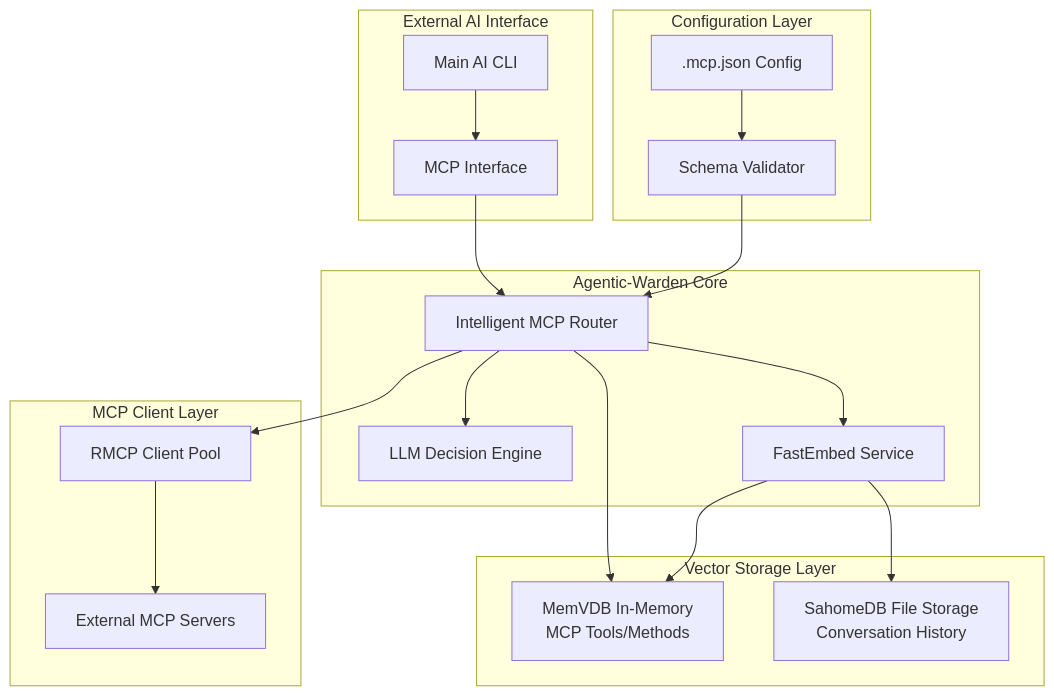
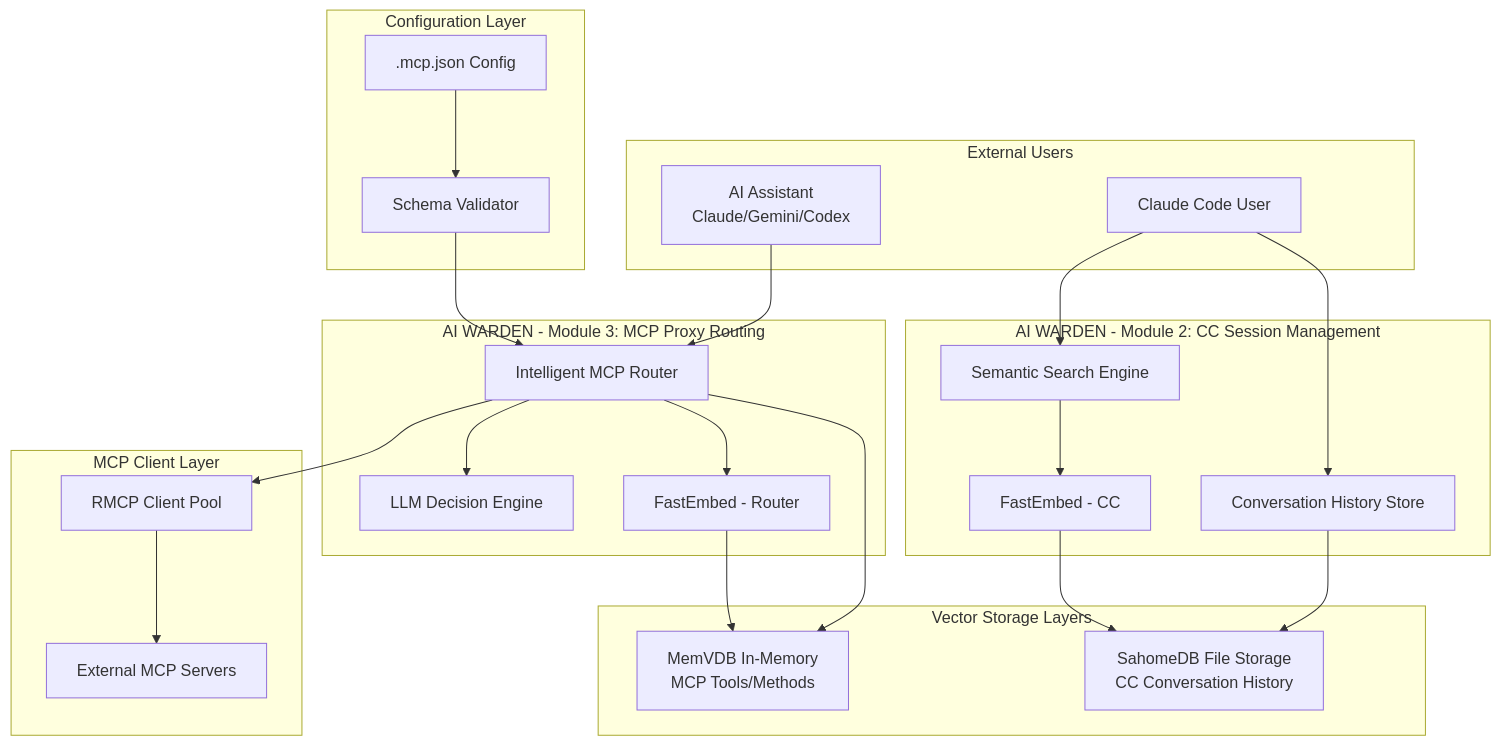
The fifth of 6 diagrams in SPEC/02-ARCHITECTURE.md (putao520/agentic-warden), drawn with Mermaid before and after one commit. The commit also changed other lines of this file and 10 other files, not shown here.

````diff
--- a/SPEC/02-ARCHITECTURE.md
+++ b/SPEC/02-ARCHITECTURE.md
@@ -580,40 +666,54 @@
 ```mermaid
 graph TB
-    subgraph "External AI Interface"
-        MainAI[Main AI CLI]
-        MCPInterface[MCP Interface]
+    subgraph "External Users"
+        MainAI[AI Assistant<br/>Claude/Gemini/Codex]
+        ClaudeUser[Claude Code User]
     end
 
-    subgraph "Agentic-Warden Core"
+    subgraph "AI WARDEN - Module 3: MCP Proxy Routing"
         IntelligentRouter[Intelligent MCP Router]
         LLMEngine[LLM Decision Engine]
-        FastEmbed[FastEmbed Service]
+        FastEmbedRouter[FastEmbed - Router]
     end
 
-    subgraph "Vector Storage Layer"
+    subgraph "AI WARDEN - Module 2: CC Session Management"
+        ConvHistory[Conversation History Store]
+        SearchEngine[Semantic Search Engine]
+        FastEmbedCC[FastEmbed - CC]
+    end
+
+    subgraph "Vector Storage Layers"
         MemVDB[MemVDB In-Memory<br/>MCP Tools/Methods]
-        SahomeDB[SahomeDB File Storage<br/>Conversation History]
+        SahomeDB[SahomeDB File Storage<br/>CC Conversation History]
     end
 
     subgraph "MCP Client Layer"
         RMCPClientPool[RMCP Client Pool]
         MCPServers[External MCP Servers]
     end
 
     subgraph "Configuration Layer"
         MCPConfig[.mcp.json Config]
         ConfigValidator[Schema Validator]
     end
 
-    MainAI --> MCPInterface
-    MCPInterface --> IntelligentRouter
+    %% MCP Routing Flow
+    MainAI --> IntelligentRouter
     IntelligentRouter --> MemVDB
     IntelligentRouter --> LLMEngine
-    IntelligentRouter --> FastEmbed
+    IntelligentRouter --> FastEmbedRouter
     IntelligentRouter --> RMCPClientPool
     RMCPClientPool --> MCPServers
-    FastEmbed --> MemVDB
-    FastEmbed --> SahomeDB
+    FastEmbedRouter --> MemVDB
+
+    %% CC Session Management Flow (Independent)
+    ClaudeUser --> ConvHistory
+    ClaudeUser --> SearchEngine
+    ConvHistory --> SahomeDB
+    SearchEngine --> FastEmbedCC
+    FastEmbedCC --> SahomeDB
+
+    %% Configuration
     MCPConfig --> ConfigValidator
     ConfigValidator --> IntelligentRouter
 ```
````
